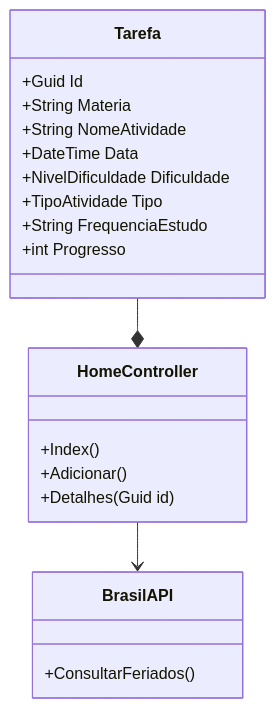
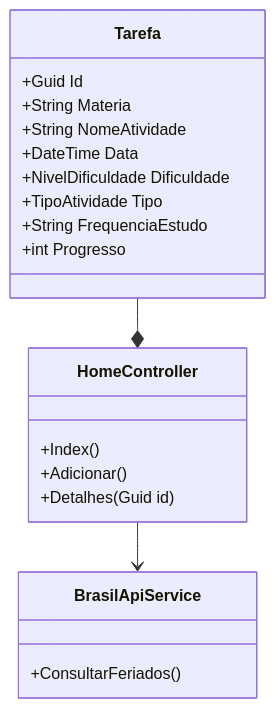
Before and after one commit to CamileXavierMedina/UniversitarioTask: the diagram in README.md, drawn with Mermaid. The commit also changed other lines of this file, not shown here.

````diff
--- a/README.md
+++ b/README.md
@@ -20,26 +59,27 @@
 ```mermaid
 classDiagram
+
     class Tarefa {
         +Guid Id
         +String Materia
         +String NomeAtividade
         +DateTime Data
         +NivelDificuldade Dificuldade
         +TipoAtividade Tipo
         +String FrequenciaEstudo
         +int Progresso
     }
 
     class HomeController {
         +Index()
         +Adicionar()
         +Detalhes(Guid id)
     }
 
-    class BrasilAPI {
+    class BrasilApiService {
         +ConsultarFeriados()
     }
 
     Tarefa --* HomeController
-    HomeController --> BrasilAPI
+    HomeController --> BrasilApiService
 ```
````
